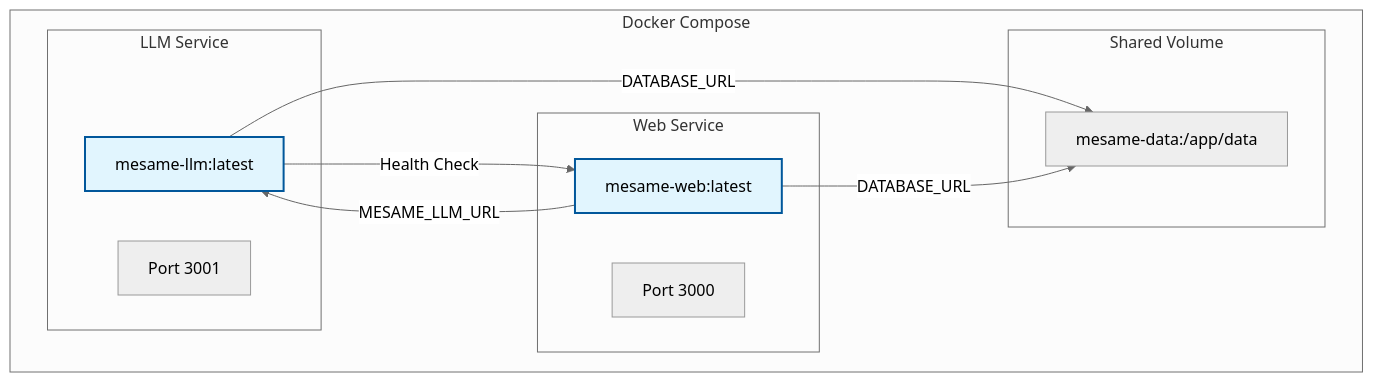
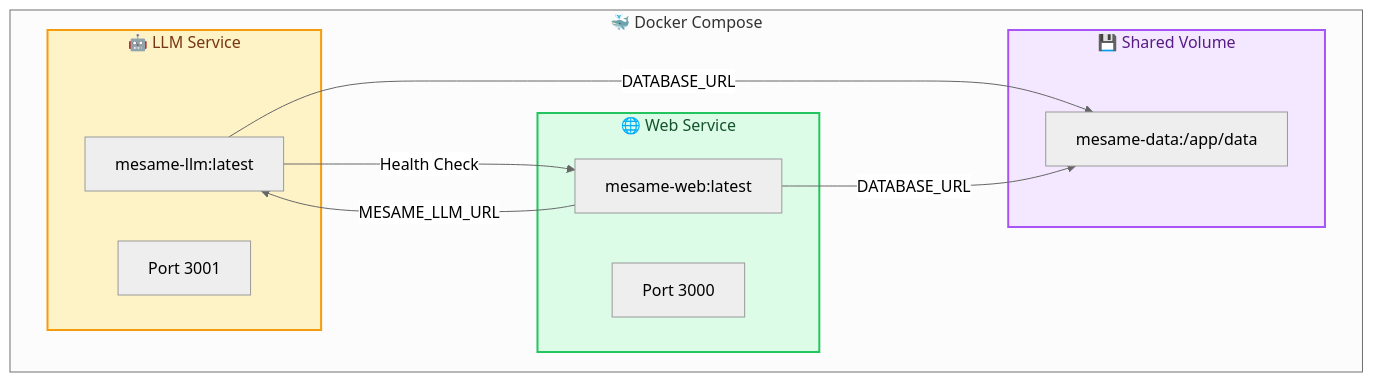
The third of 6 diagrams in docs/guide/architecture.md (openhoat/mesame), drawn with Mermaid (neutral theme) before and after one commit. The commit also changed other lines of this file and 2 other files, not shown here.

First line of the commit message:
docs: improve Mermaid diagrams and remove WIP warning

````diff
--- a/docs/guide/architecture.md
+++ b/docs/guide/architecture.md
@@ -88,26 +100,27 @@
 ```mermaid
 flowchart TB
-    subgraph Docker["Docker Compose"]
-        subgraph LLMContainer["LLM Service"]
+    subgraph Docker["🐳 Docker Compose"]
+        subgraph LLMContainer["🤖 LLM Service"]
             LLM["mesame-llm:latest"]
             LLMP["Port 3001"]
         end
 
-        subgraph WebContainer["Web Service"]
+        subgraph WebContainer["🌐 Web Service"]
             WEB["mesame-web:latest"]
             WEBP["Port 3000"]
         end
 
-        subgraph Volume["Shared Volume"]
+        subgraph Volume["💾 Shared Volume"]
             VOL["mesame-data:/app/data"]
         end
     end
 
     LLM -->|"DATABASE_URL"| VOL
     WEB -->|"DATABASE_URL"| VOL
     WEB -->|"MESAME_LLM_URL"| LLM
     LLM -->|"Health Check"| WEB
 
-    classDef container fill:#e1f5fe,stroke:#01579b,stroke-width:2px
-    class LLM,WEB container
+    style LLMContainer fill:#fef3c7,stroke:#f59e0b,stroke-width:2px,color:#78350f
+    style WebContainer fill:#dcfce7,stroke:#22c55e,stroke-width:2px,color:#14532d
+    style Volume fill:#f3e8ff,stroke:#a855f7,stroke-width:2px,color:#581c87
 ```
````
